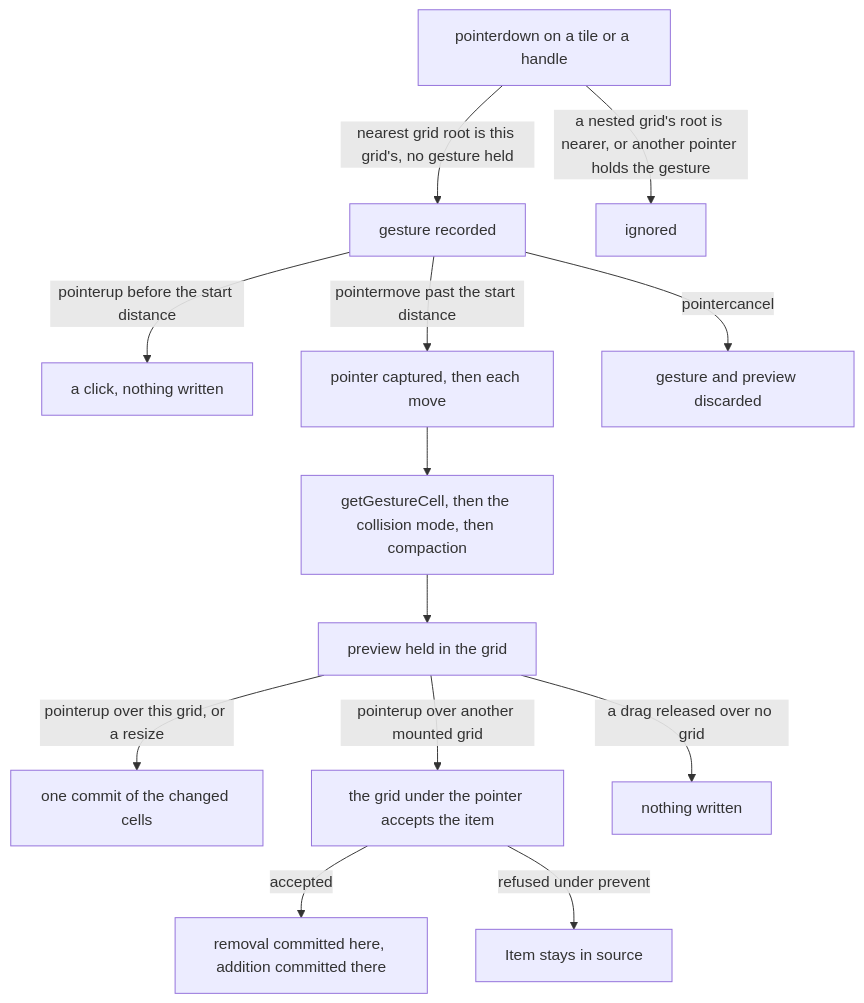
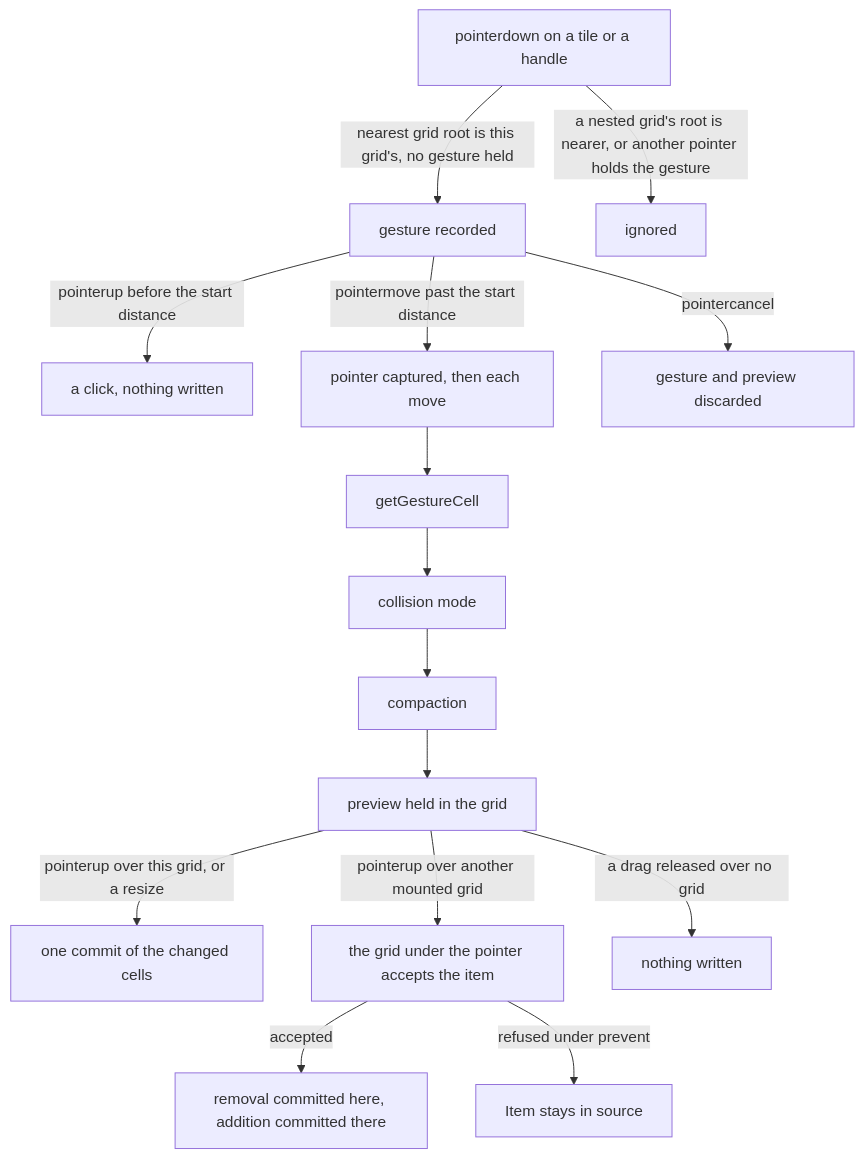
One commit to Esposter/Esposter changed the diagram in openspec/specs/vue-grid-layout-headless/grid-layout/design.md. Above: the diagram before and after it, drawn with Mermaid. The commit also changed other lines of this file and 7 other files, not shown here.

````diff
--- a/openspec/specs/vue-grid-layout-headless/grid-layout/design.md
+++ b/openspec/specs/vue-grid-layout-headless/grid-layout/design.md
@@ -13,15 +13,17 @@
 ```mermaid
 flowchart TD
   press["pointerdown on a tile or a handle"] -->|"nearest grid root is this grid's, no gesture held"| gesture["gesture recorded"]
   press -->|"a nested grid's root is nearer, or another pointer holds the gesture"| ignored["ignored"]
   gesture -->|"pointerup before the start distance"| click["a click, nothing written"]
   gesture -->|"pointermove past the start distance"| captured["pointer captured, then each move"]
-  captured --> cell["getGestureCell, then the collision mode, then compaction"]
-  cell --> preview["preview held in the grid"]
+  captured --> cell["getGestureCell"]
+  cell --> collide["collision mode"]
+  collide --> compact["compaction"]
+  compact --> preview["preview held in the grid"]
   preview -->|"pointerup over this grid, or a resize"| commit["one commit of the changed cells"]
   preview -->|"pointerup over another mounted grid"| handoff["the grid under the pointer accepts the item"]
   handoff -->|"accepted"| transferred["removal committed here, addition committed there"]
   handoff -->|"refused under prevent"| refused["Item stays in source"]
   preview -->|"a drag released over no grid"| dropped["nothing written"]
   gesture -->|"pointercancel"| discarded["gesture and preview discarded"]
 ```
````
